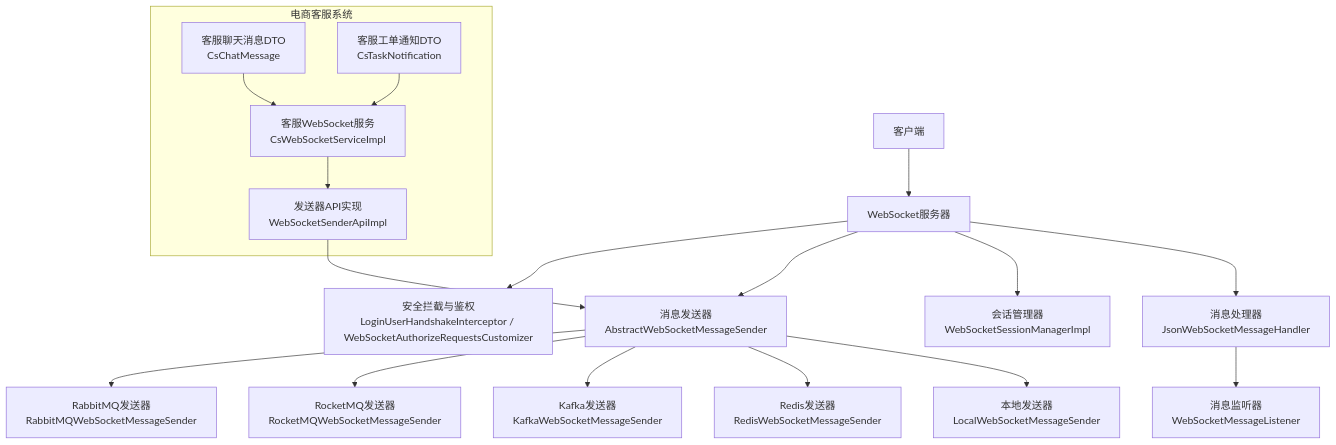
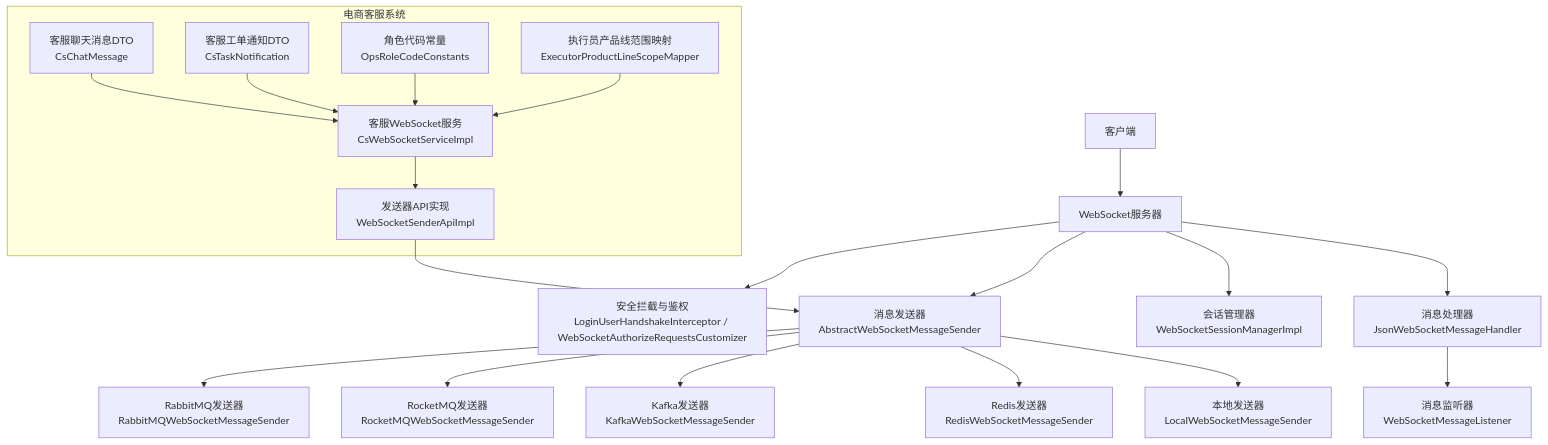
Before and after one commit to xiaoche80s-tech/rouyi-vue-pro: the second of 9 diagrams in .qoder/repowiki/zh/content/核心模块/即时通讯模块/WebSocket实时通信服务.md, drawn with Mermaid. The commit also changed other lines of this file and 534 other files, not shown here.

````diff
--- a/.qoder/repowiki/zh/content/核心模块/即时通讯模块/WebSocket实时通信服务.md
+++ b/.qoder/repowiki/zh/content/核心模块/即时通讯模块/WebSocket实时通信服务.md
@@ -142,20 +146,22 @@
 ```mermaid
 graph TB
 Client["客户端"] --> WS["WebSocket服务器"]
 WS --> Handler["消息处理器<br/>JsonWebSocketMessageHandler"]
 Handler --> Listener["消息监听器<br/>WebSocketMessageListener"]
 WS --> SM["会话管理器<br/>WebSocketSessionManagerImpl"]
 WS --> Sender["消息发送器<br/>AbstractWebSocketMessageSender"]
 Sender --> Local["本地发送器<br/>LocalWebSocketMessageSender"]
 Sender --> Redis["Redis发送器<br/>RedisWebSocketMessageSender"]
 Sender --> Kafka["Kafka发送器<br/>KafkaWebSocketMessageSender"]
 Sender --> RMQ["RocketMQ发送器<br/>RocketMQWebSocketMessageSender"]
 Sender --> Rabbit["RabbitMQ发送器<br/>RabbitMQWebSocketMessageSender"]
 WS --> Sec["安全拦截与鉴权<br/>LoginUserHandshakeInterceptor / WebSocketAuthorizeRequestsCustomizer"]
 API["发送器API实现<br/>WebSocketSenderApiImpl"] --> Sender
 subgraph "电商客服系统"
 CS["客服WebSocket服务<br/>CsWebSocketServiceImpl"] --> API
 DTO1["客服聊天消息DTO<br/>CsChatMessage"] --> CS
 DTO2["客服工单通知DTO<br/>CsTaskNotification"] --> CS
+Role["角色代码常量<br/>OpsRoleCodeConstants"] --> CS
+Scope["执行员产品线范围映射<br/>ExecutorProductLineScopeMapper"] --> CS
 end
 ```
````
